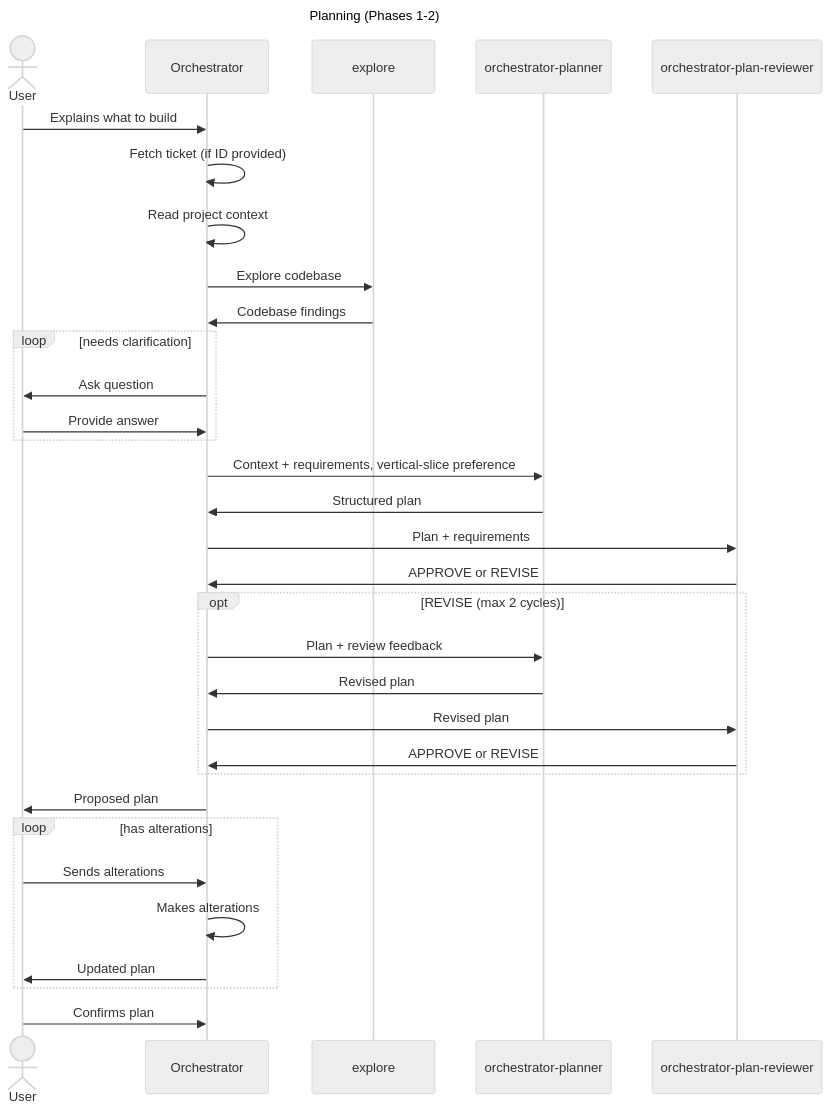
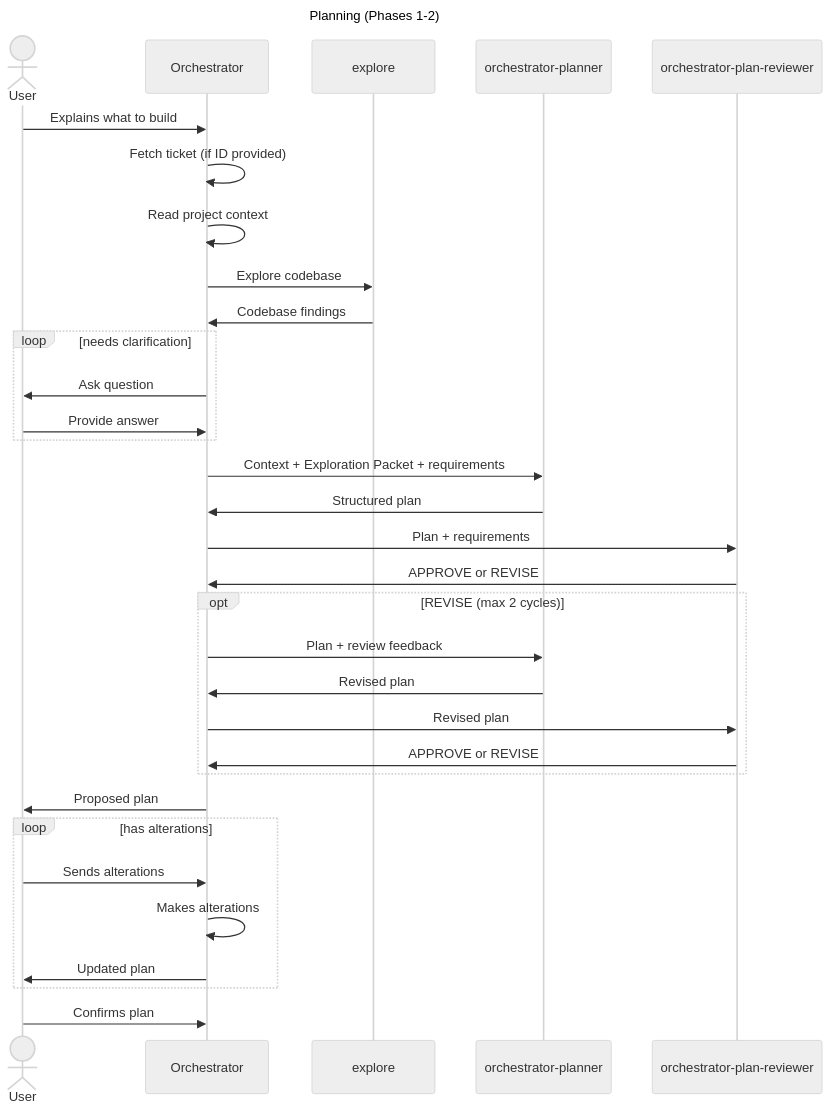
The first of 2 diagrams in agents/docs.md (mlawd/dotfiles), drawn with Mermaid (neutral theme) before and after one commit. The commit also changed other lines of this file and 2 other files, not shown here.

Commit message:
chore: better exploration handoff

````diff
--- a/agents/docs.md
+++ b/agents/docs.md
@@ -42,39 +46,39 @@
 ```mermaid
 ---
 title: Planning (Phases 1-2)
 ---
 
 sequenceDiagram
     actor u as User
     participant o as Orchestrator
     participant e as explore
     participant p as orchestrator-planner
     participant r as orchestrator-plan-reviewer
 
     u ->> o: Explains what to build
     o ->> o: Fetch ticket (if ID provided)
     o ->> o: Read project context
     o ->> e: Explore codebase
     e ->> o: Codebase findings
     loop needs clarification
         o ->> u: Ask question
         u ->> o: Provide answer
     end
-    o ->> p: Context + requirements, vertical-slice preference
+    o ->> p: Context + Exploration Packet + requirements
     p ->> o: Structured plan
     o ->> r: Plan + requirements
     r ->> o: APPROVE or REVISE
     opt REVISE (max 2 cycles)
         o ->> p: Plan + review feedback
         p ->> o: Revised plan
         o ->> r: Revised plan
         r ->> o: APPROVE or REVISE
     end
     o ->> u: Proposed plan
     loop has alterations
         u ->> o: Sends alterations
         o ->> o: Makes alterations
         o ->> u: Updated plan
     end
     u ->> o: Confirms plan
 ```
````
